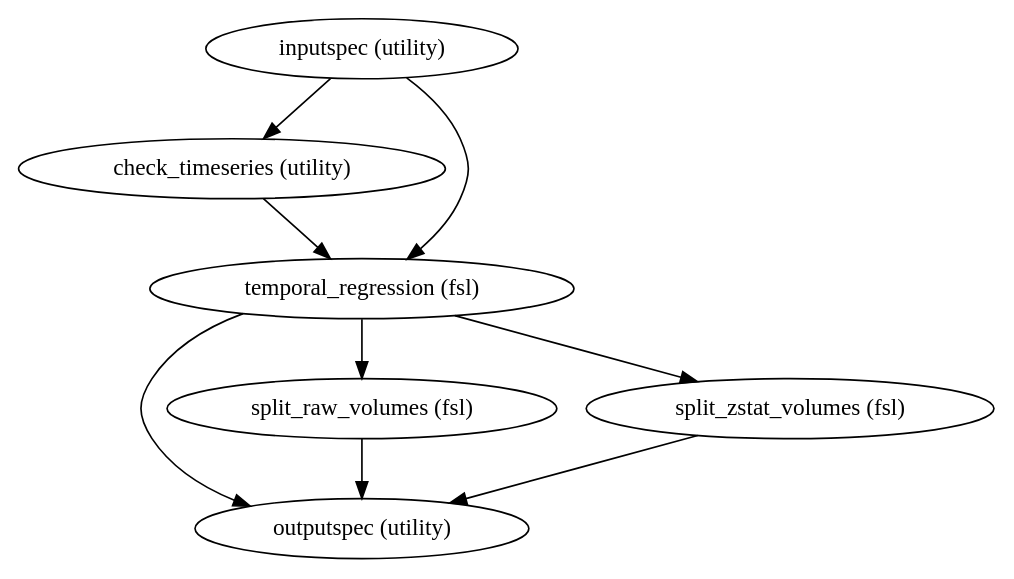
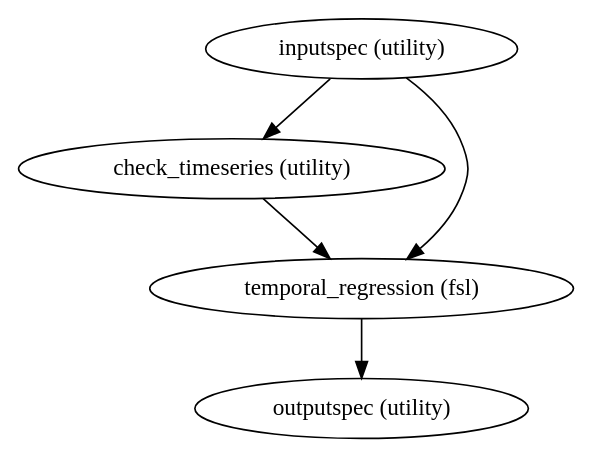
The diagram in docs/nightly/developer/workflows/images/generated/create_temporal_regression.dot (FCP-INDI/fcp-indi.github.io), drawn with Graphviz before and after one commit. The commit also changed 174 other files, not shown here.

```diff
--- a/docs/nightly/developer/workflows/images/generated/create_temporal_regression.dot
+++ b/docs/nightly/developer/workflows/images/generated/create_temporal_regression.dot
@@ -1,16 +1,10 @@
 strict digraph  {
 "inputspec (utility)";
 "check_timeseries (utility)";
 "temporal_regression (fsl)";
 "outputspec (utility)";
-"split_raw_volumes (fsl)";
-"split_zstat_volumes (fsl)";
 "inputspec (utility)" -> "check_timeseries (utility)";
 "inputspec (utility)" -> "temporal_regression (fsl)";
 "check_timeseries (utility)" -> "temporal_regression (fsl)";
 "temporal_regression (fsl)" -> "outputspec (utility)";
-"temporal_regression (fsl)" -> "split_raw_volumes (fsl)";
-"temporal_regression (fsl)" -> "split_zstat_volumes (fsl)";
-"split_raw_volumes (fsl)" -> "outputspec (utility)";
-"split_zstat_volumes (fsl)" -> "outputspec (utility)";
 }
```
